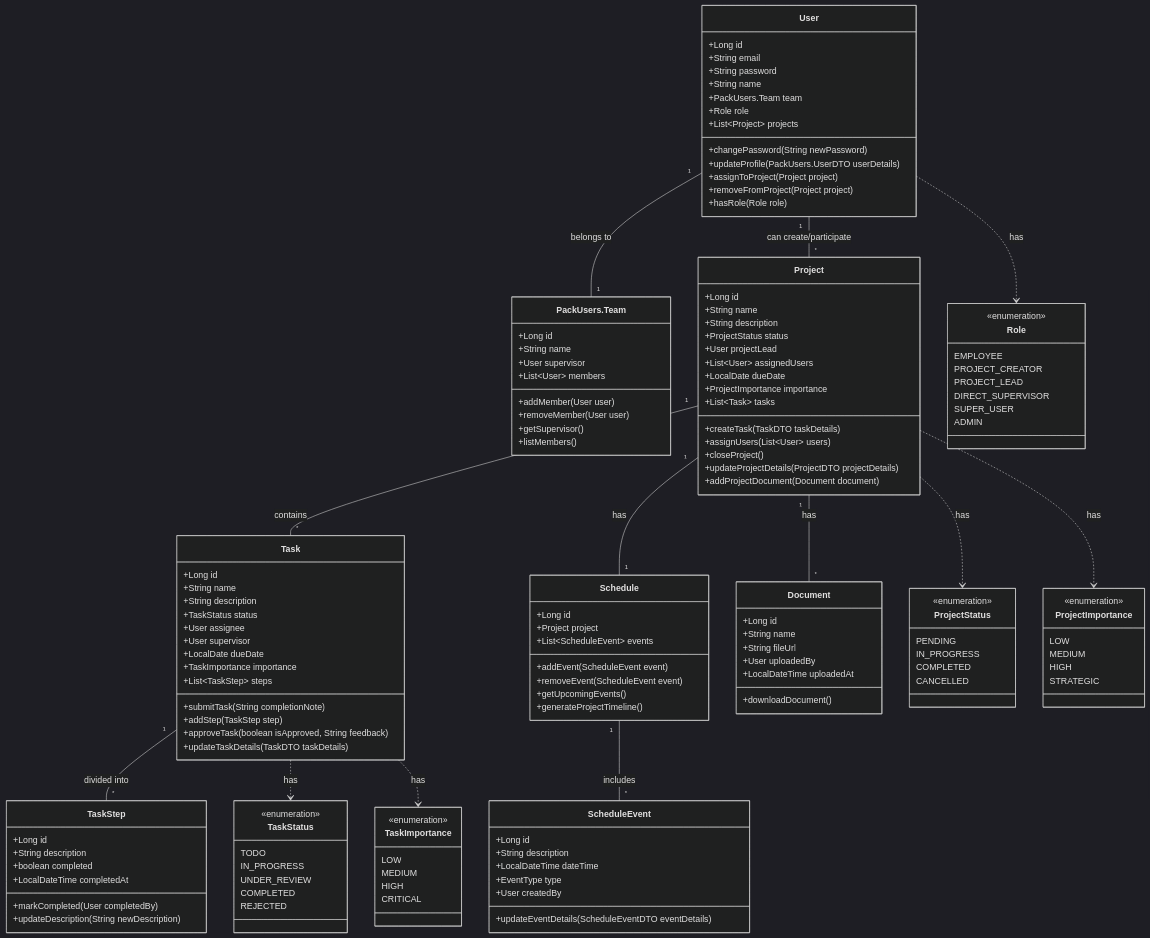
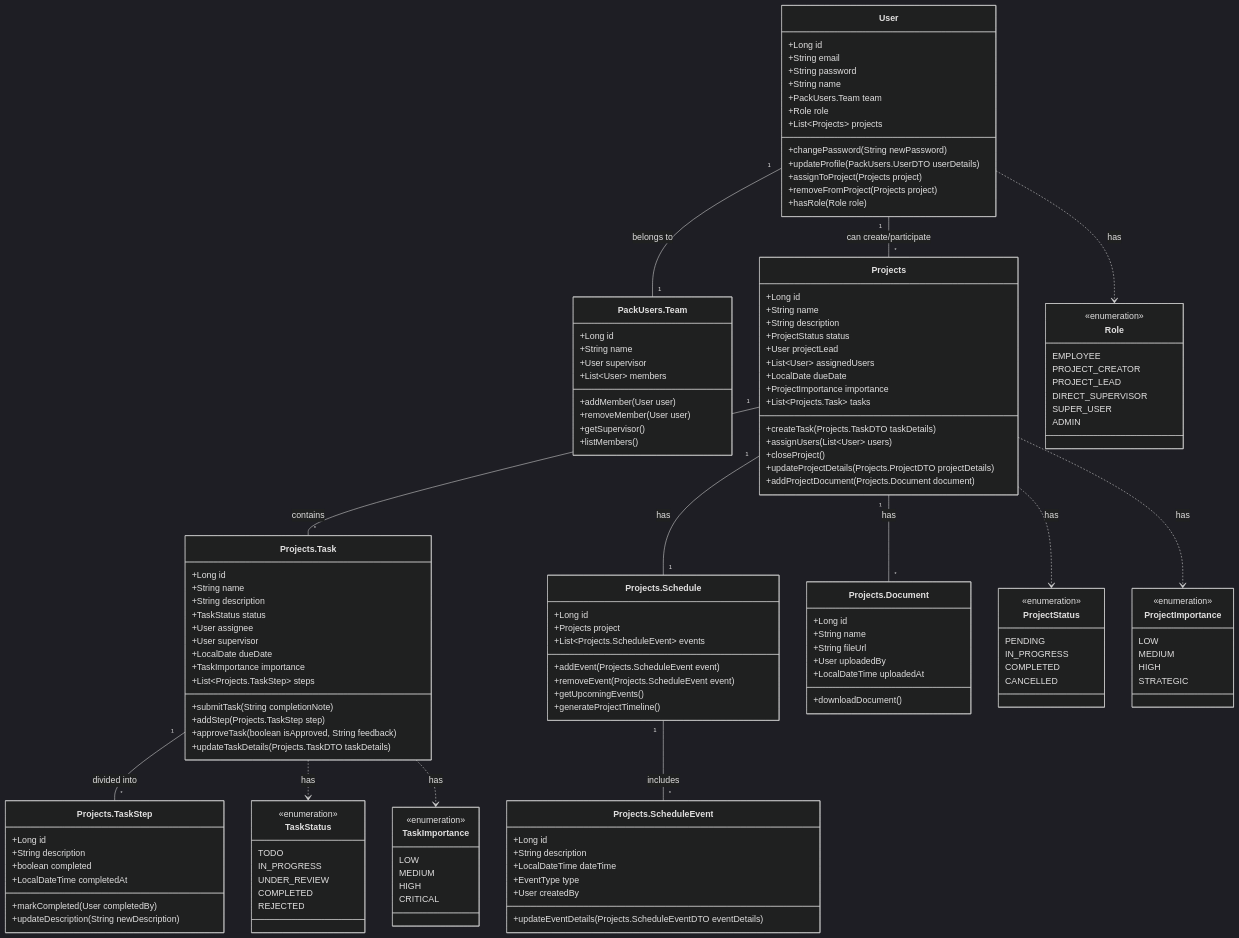
The diagram in docs/class-diagram.mermaid (MerronYELLOW/ProjectManager), drawn with Mermaid (dark theme) before and after one commit. The commit also changed 14 other files, not shown here.

```diff
--- a/docs/class-diagram.mermaid
+++ b/docs/class-diagram.mermaid
@@ -1,152 +1,152 @@
 classDiagram
     class User {
         +Long id
         +String email
         +String password
         +String name
         +PackUsers.Team team
         +Role role
-        +List~Project~ projects
+        +List~Projects~ projects
         +changePassword(String newPassword)
         +updateProfile(PackUsers.UserDTO userDetails)
-        +assignToProject(Project project)
-        +removeFromProject(Project project)
+        +assignToProject(Projects project)
+        +removeFromProject(Projects project)
         +hasRole(Role role)
     }
 
     class PackUsers.Team {
         +Long id
         +String name
         +User supervisor
         +List~User~ members
         +addMember(User user)
         +removeMember(User user)
         +getSupervisor()
         +listMembers()
     }
 
-    class Project {
+    class Projects {
         +Long id
         +String name
         +String description
         +ProjectStatus status
         +User projectLead
         +List~User~ assignedUsers
         +LocalDate dueDate
         +ProjectImportance importance
-        +List~Task~ tasks
-        +createTask(TaskDTO taskDetails)
+        +List~Projects.Task~ tasks
+        +createTask(Projects.TaskDTO taskDetails)
         +assignUsers(List~User~ users)
         +closeProject()
-        +updateProjectDetails(ProjectDTO projectDetails)
-        +addProjectDocument(Document document)
+        +updateProjectDetails(Projects.ProjectDTO projectDetails)
+        +addProjectDocument(Projects.Document document)
     }
 
-    class Task {
+    class Projects.Task {
         +Long id
         +String name
         +String description
         +TaskStatus status
         +User assignee
         +User supervisor
         +LocalDate dueDate
         +TaskImportance importance
-        +List~TaskStep~ steps
+        +List~Projects.TaskStep~ steps
         +submitTask(String completionNote)
-        +addStep(TaskStep step)
+        +addStep(Projects.TaskStep step)
         +approveTask(boolean isApproved, String feedback)
-        +updateTaskDetails(TaskDTO taskDetails)
+        +updateTaskDetails(Projects.TaskDTO taskDetails)
     }
 
-    class TaskStep {
+    class Projects.TaskStep {
         +Long id
         +String description
         +boolean completed
         +LocalDateTime completedAt
         +markCompleted(User completedBy)
         +updateDescription(String newDescription)
     }
 
-    class Schedule {
+    class Projects.Schedule {
         +Long id
-        +Project project
-        +List~ScheduleEvent~ events
-        +addEvent(ScheduleEvent event)
-        +removeEvent(ScheduleEvent event)
+        +Projects project
+        +List~Projects.ScheduleEvent~ events
+        +addEvent(Projects.ScheduleEvent event)
+        +removeEvent(Projects.ScheduleEvent event)
         +getUpcomingEvents()
         +generateProjectTimeline()
     }
 
-    class ScheduleEvent {
+    class Projects.ScheduleEvent {
         +Long id
         +String description
         +LocalDateTime dateTime
         +EventType type
         +User createdBy
-        +updateEventDetails(ScheduleEventDTO eventDetails)
+        +updateEventDetails(Projects.ScheduleEventDTO eventDetails)
     }
 
-    class Document {
+    class Projects.Document {
         +Long id
         +String name
         +String fileUrl
         +User uploadedBy
         +LocalDateTime uploadedAt
         +downloadDocument()
     }
 
     class Role {
         <<enumeration>>
         EMPLOYEE
         PROJECT_CREATOR
         PROJECT_LEAD
         DIRECT_SUPERVISOR
         SUPER_USER
         ADMIN
     }
 
     class ProjectStatus {
         <<enumeration>>
         PENDING
         IN_PROGRESS
         COMPLETED
         CANCELLED
     }
 
     class TaskStatus {
         <<enumeration>>
         TODO
         IN_PROGRESS
         UNDER_REVIEW
         COMPLETED
         REJECTED
     }
 
     class TaskImportance {
         <<enumeration>>
         LOW
         MEDIUM
         HIGH
         CRITICAL
     }
 
     class ProjectImportance {
         <<enumeration>>
         LOW
         MEDIUM
         HIGH
         STRATEGIC
     }
 
     User "1" -- "1" PackUsers.Team : belongs to
-    User "1" -- "*" Project : can create/participate
-    Project "1" -- "*" Task : contains
-    Task "1" -- "*" TaskStep : divided into
-    Project "1" -- "1" Schedule : has
-    Schedule "1" -- "*" ScheduleEvent : includes
-    Project "1" -- "*" Document : has
+    User "1" -- "*" Projects : can create/participate
+    Projects "1" -- "*" Projects.Task : contains
+    Projects.Task "1" -- "*" Projects.TaskStep : divided into
+    Projects "1" -- "1" Projects.Schedule : has
+    Projects.Schedule "1" -- "*" Projects.ScheduleEvent : includes
+    Projects "1" -- "*" Projects.Document : has
     User ..> Role : has
-    Project ..> ProjectStatus : has
-    Task ..> TaskStatus : has
-    Task ..> TaskImportance : has
-    Project ..> ProjectImportance : has
+    Projects ..> ProjectStatus : has
+    Projects.Task ..> TaskStatus : has
+    Projects.Task ..> TaskImportance : has
+    Projects ..> ProjectImportance : has
```
